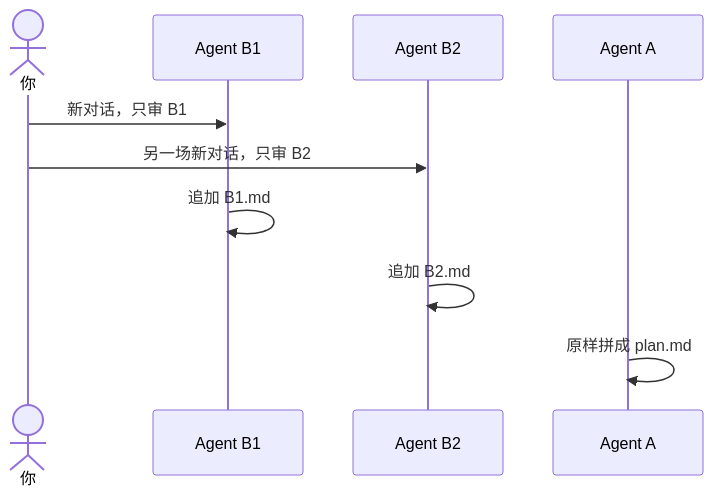
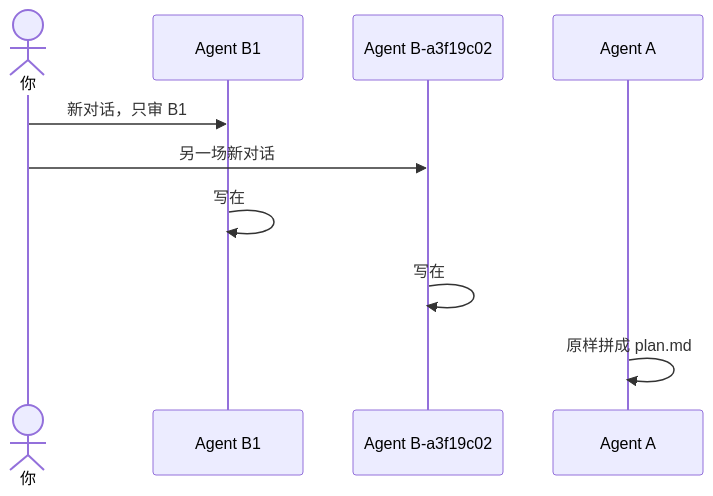
One commit to qiusuo0226/codeplan-multireview changed the diagram in examples/05-多名B各写各的.md. Above: the diagram before and after it, drawn with Mermaid. The commit also changed other lines of this file and 43 other files, not shown here.

````diff
--- a/examples/05-多名B各写各的.md
+++ b/examples/05-多名B各写各的.md
@@ -11,13 +11,13 @@
 ```mermaid
 sequenceDiagram
     actor You as 你
     participant B1 as Agent B1
-    participant B2 as Agent B2
+    participant B2 as Agent B-a3f19c02
     participant A as Agent A
 
     You->>B1: 新对话，只审 B1
-    You->>B2: 另一场新对话，只审 B2
-    B1->>B1: 追加 B1.md
-    B2->>B2: 追加 B2.md
+    You->>B2: 另一场新对话
+    B1->>B1: 写在 # Agent B1 之内
+    B2->>B2: 写在 # Agent B-a3f19c02 之内
     A->>A: 原样拼成 plan.md
 ```
````
